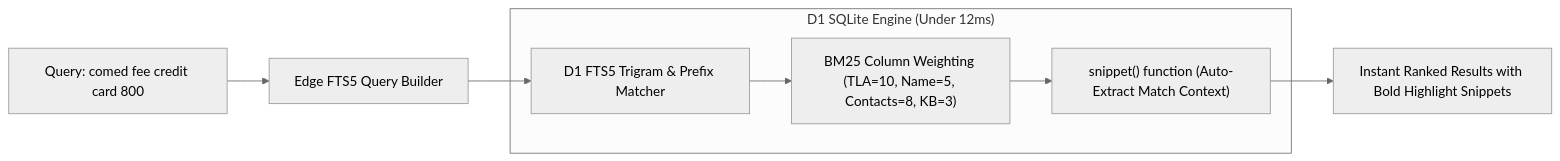
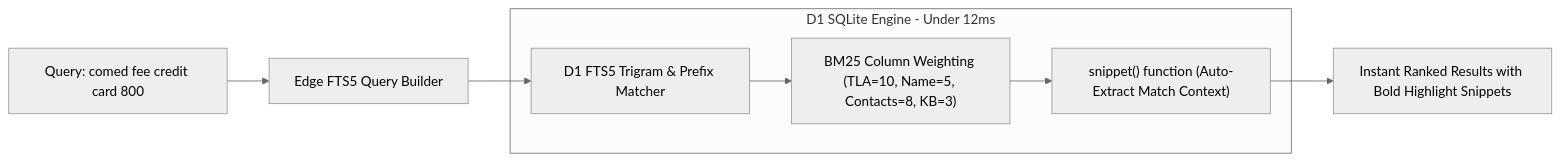
The fourth of 8 diagrams in synced-docs/cf-admin/documentation/archive/DO NOT SCAN!/CLOUDFLARE_PROD_DEPLOYMENT_PLAN.md (Harshil8136/chess-game1), drawn with Mermaid (neutral theme) before and after one commit. The commit also changed other lines of this file and 4 other files, not shown here.

````diff
--- a/synced-docs/cf-admin/documentation/archive/DO NOT SCAN!/CLOUDFLARE_PROD_DEPLOYMENT_PLAN.md
+++ b/synced-docs/cf-admin/documentation/archive/DO NOT SCAN!/CLOUDFLARE_PROD_DEPLOYMENT_PLAN.md
@@ -128,12 +128,12 @@
 ```mermaid
 flowchart LR
     CSRInput["Query: comed fee credit card 800"] --> QueryTokenizer["Edge FTS5 Query Builder"]
     QueryTokenizer --> FTS5Matcher["D1 FTS5 Trigram & Prefix Matcher"]
     
-    subgraph D1Engine ["D1 SQLite Engine (Under 12ms)"]
+    subgraph D1Engine [D1 SQLite Engine - Under 12ms]
         FTS5Matcher --> BM25Rank["BM25 Column Weighting (TLA=10, Name=5, Contacts=8, KB=3)"]
         BM25Rank --> SnippetGen["snippet() function (Auto-Extract Match Context)"]
     end
 
     SnippetGen --> Output["Instant Ranked Results with Bold Highlight Snippets"]
 ```
````
